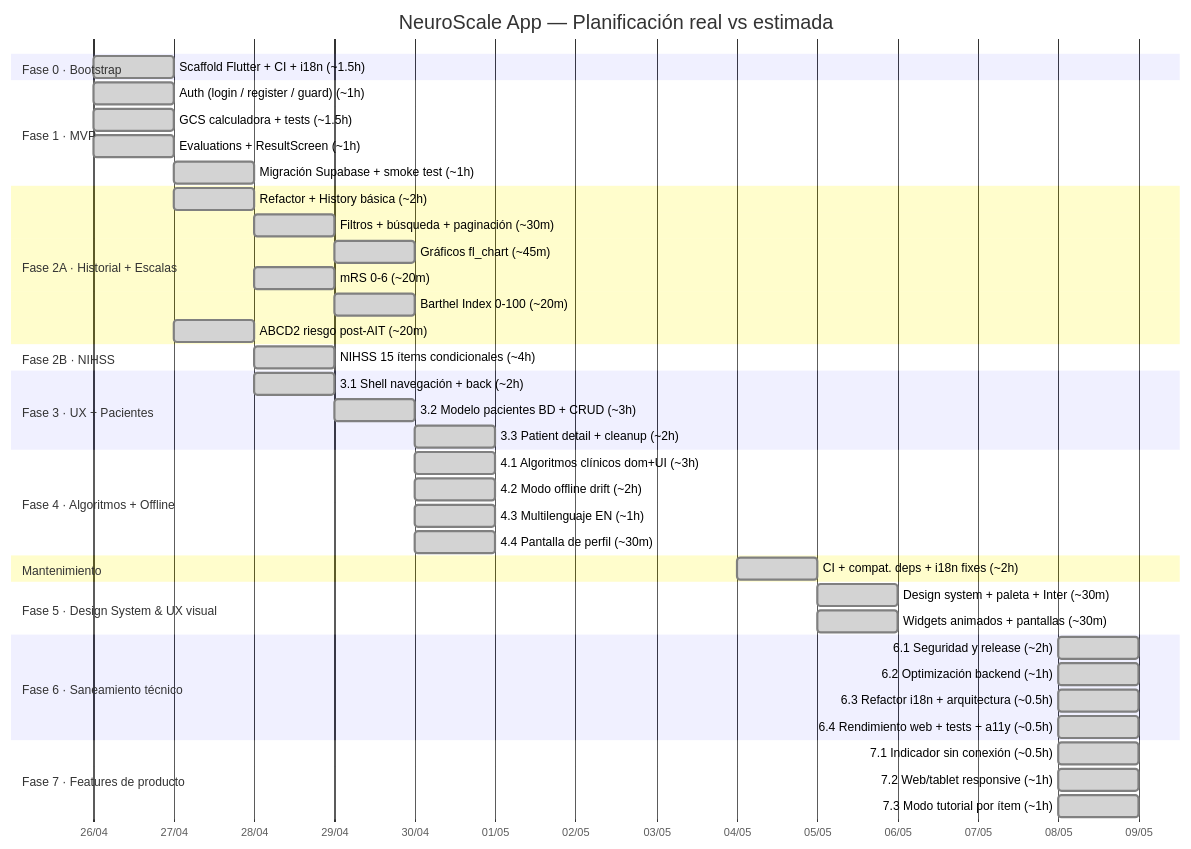
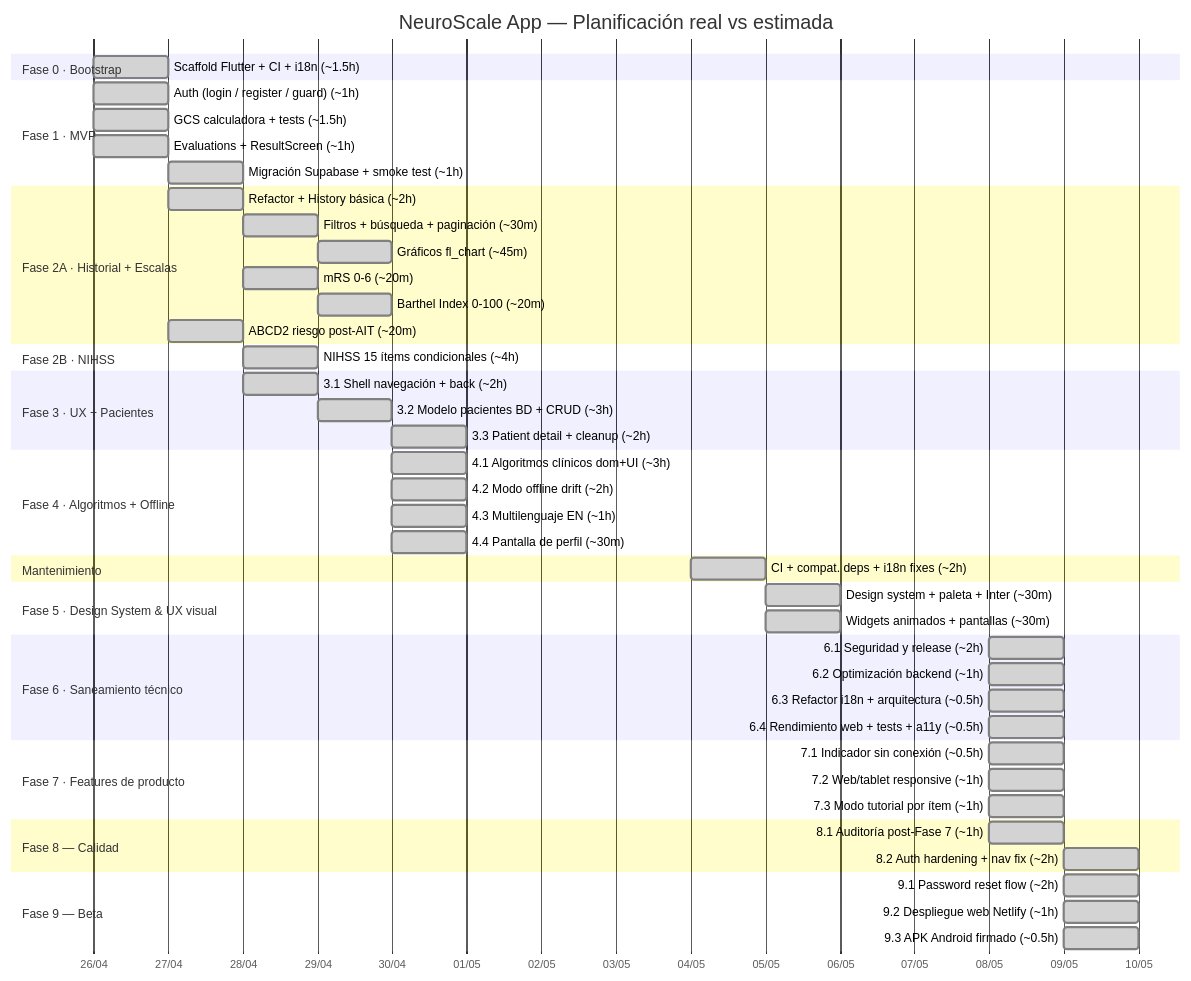
Before and after one commit to grisllo/NeuroScaleApp: the diagram in README.md, drawn with Mermaid. The commit also changed other lines of this file and 2 other files, not shown here.

Commit message:
chore(phase): cierre Fase 9 — preparación beta completada
- flutter analyze 0 issues, flutter test 191 tests pasando
- ROADMAP: Fase 9 (subfases 9.1/9.2/9.3) marcada completada 2026-05-09
- METODOLOGIA: horas reales añadidas (8.2: ~2h, 9.1: ~2h, 9.2: ~1h, 9.3: ~0.5h)
  Total acumulado: ~58.5h
- README Gantt: Fases 8-9 añadidas como :done
- Issue #23 cerrado

Closes #23

````diff
--- a/README.md
+++ b/README.md
@@ -13,55 +13,62 @@
 ```mermaid
 gantt
     title NeuroScale App — Planificación real vs estimada
     dateFormat  YYYY-MM-DD
     axisFormat  %d/%m
 
     section Fase 0 · Bootstrap
     Scaffold Flutter + CI + i18n (~1.5h)      :done, f0,   2026-04-26, 1d
 
     section Fase 1 · MVP
     Auth (login / register / guard) (~1h)     :done, f1a,  2026-04-26, 1d
     GCS calculadora + tests (~1.5h)           :done, f1b,  2026-04-26, 1d
     Evaluations + ResultScreen (~1h)          :done, f1c,  2026-04-26, 1d
     Migración Supabase + smoke test (~1h)     :done, f1d,  2026-04-27, 1d
 
     section Fase 2A · Historial + Escalas
     Refactor + History básica (~2h)           :done, f2a1, 2026-04-27, 1d
     Filtros + búsqueda + paginación (~30m)    :done, f2a2, after f2a1, 1d
     Gráficos fl_chart (~45m)                  :done, f2a3, after f2a2, 1d
     mRS 0-6 (~20m)                            :done, f2a4, after f2a1, 1d
     Barthel Index 0-100 (~20m)                :done, f2a5, after f2a4, 1d
     ABCD2 riesgo post-AIT (~20m)              :done, f2a6, 2026-04-27, 1d
 
     section Fase 2B · NIHSS
     NIHSS 15 ítems condicionales (~4h)        :done, f2b,  2026-04-28, 1d
 
     section Fase 3 · UX + Pacientes
     3.1 Shell navegación + back (~2h)         :done, f3a,  2026-04-28, 1d
     3.2 Modelo pacientes BD + CRUD (~3h)      :done, f3b,  2026-04-29, 1d
     3.3 Patient detail + cleanup (~2h)        :done, f3c,  2026-04-30, 1d
 
     section Fase 4 · Algoritmos + Offline
     4.1 Algoritmos clínicos dom+UI (~3h)      :done, f4a,  2026-04-30, 1d
     4.2 Modo offline drift (~2h)              :done, f4b,  2026-04-30, 1d
     4.3 Multilenguaje EN (~1h)                :done, f4c,  2026-04-30, 1d
     4.4 Pantalla de perfil (~30m)             :done, f4d,  2026-04-30, 1d
 
     section Mantenimiento
     CI + compat. deps + i18n fixes (~2h)      :done, mnt,  2026-05-04, 1d
 
     section Fase 5 · Design System & UX visual
     Design system + paleta + Inter (~30m)     :done, f5a,  2026-05-05, 1d
     Widgets animados + pantallas (~30m)       :done, f5b,  2026-05-05, 1d
 
     section Fase 6 · Saneamiento técnico
     6.1 Seguridad y release (~2h)             :done, f6a,  2026-05-08, 1d
     6.2 Optimización backend (~1h)            :done, f6b,  2026-05-08, 1d
     6.3 Refactor i18n + arquitectura (~0.5h)  :done, f6c,  2026-05-08, 1d
     6.4 Rendimiento web + tests + a11y (~0.5h):done, f6d,  2026-05-08, 1d
 
     section Fase 7 · Features de producto
     7.1 Indicador sin conexión (~0.5h)        :done, f7a,  2026-05-08, 1d
     7.2 Web/tablet responsive (~1h)           :done, f7b,  2026-05-08, 1d
     7.3 Modo tutorial por ítem (~1h)          :done, f7c,  2026-05-08, 1d
+    section Fase 8 — Calidad
+    8.1 Auditoría post-Fase 7 (~1h)           :done, f8a,  2026-05-08, 1d
+    8.2 Auth hardening + nav fix (~2h)        :done, f8b,  2026-05-09, 1d
+    section Fase 9 — Beta
+    9.1 Password reset flow (~2h)             :done, f9a,  2026-05-09, 1d
+    9.2 Despliegue web Netlify (~1h)          :done, f9b,  2026-05-09, 1d
+    9.3 APK Android firmado (~0.5h)           :done, f9c,  2026-05-09, 1d
 ```
````
